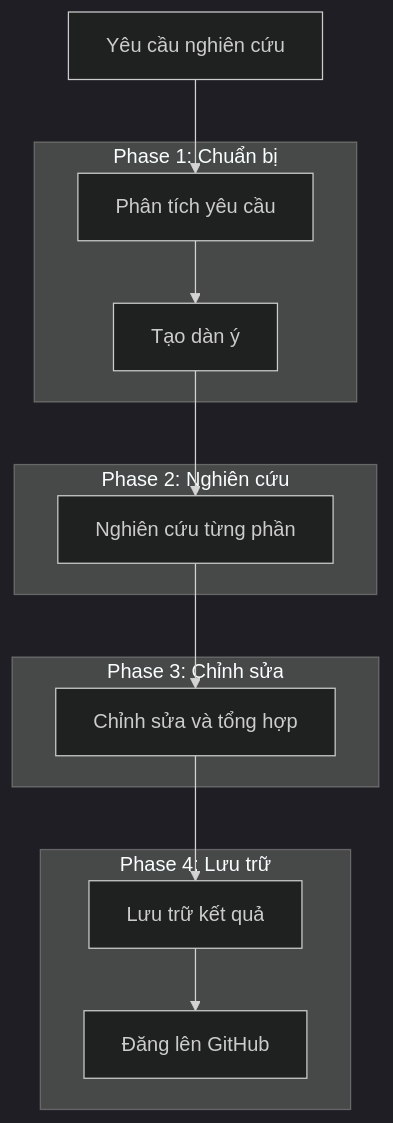
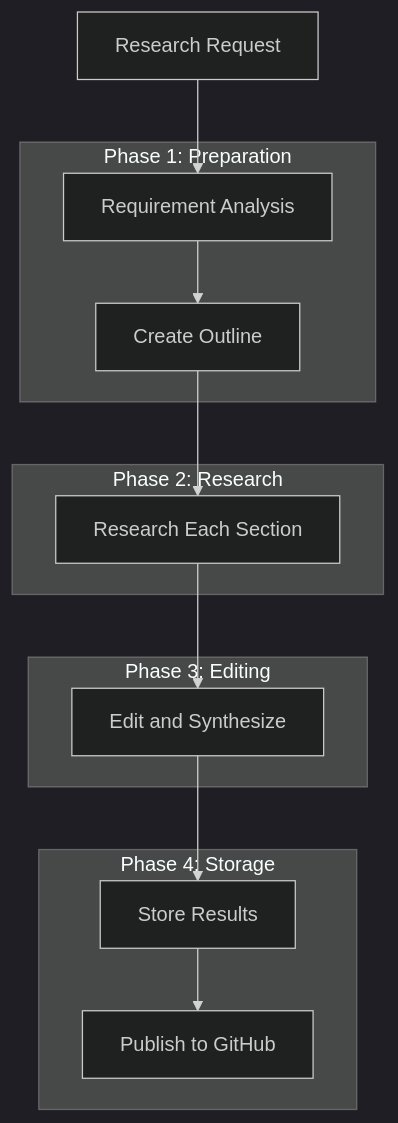
Before and after one commit to phuc-nt/deep-research-agent-python: the first of 2 diagrams in README.md, drawn with Mermaid (dark theme). The commit also changed other lines of this file and 5 other files, not shown here.

````diff
--- a/README.md
+++ b/README.md
@@ -18,27 +18,27 @@
 ```mermaid
 graph TB
-    A[Yêu cầu nghiên cứu] --> B[Phân tích yêu cầu]
-    B --> C[Tạo dàn ý]
-    C --> D[Nghiên cứu từng phần]
-    D --> E[Chỉnh sửa và tổng hợp]
-    E --> F[Lưu trữ kết quả]
-    F --> G[Đăng lên GitHub]
+    A[Research Request] --> B[Requirement Analysis]
+    B --> C[Create Outline]
+    C --> D[Research Each Section]
+    D --> E[Edit and Synthesize]
+    E --> F[Store Results]
+    F --> G[Publish to GitHub]
     
-    subgraph "Phase 1: Chuẩn bị"
+    subgraph "Phase 1: Preparation"
         B
         C
     end
     
-    subgraph "Phase 2: Nghiên cứu"
+    subgraph "Phase 2: Research"
         D
     end
     
-    subgraph "Phase 3: Chỉnh sửa"
+    subgraph "Phase 3: Editing"
         E
     end
     
-    subgraph "Phase 4: Lưu trữ"
+    subgraph "Phase 4: Storage"
         F
         G
     end
 ```
````
